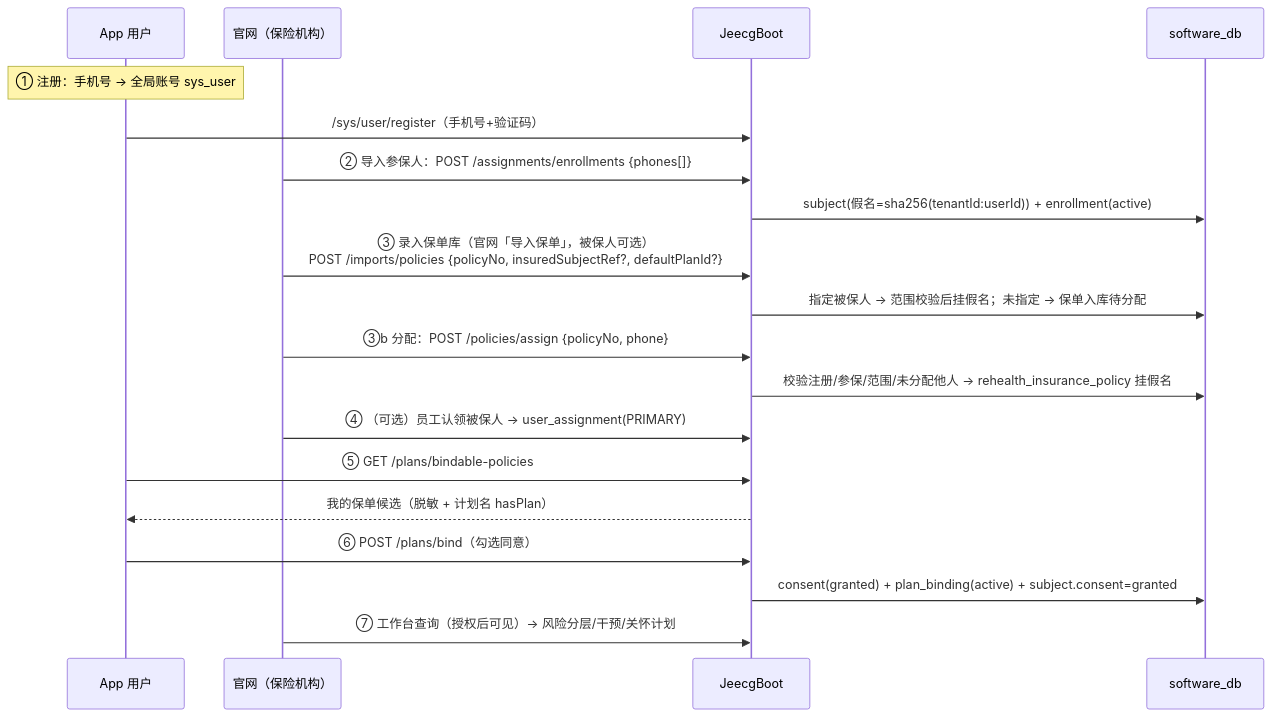
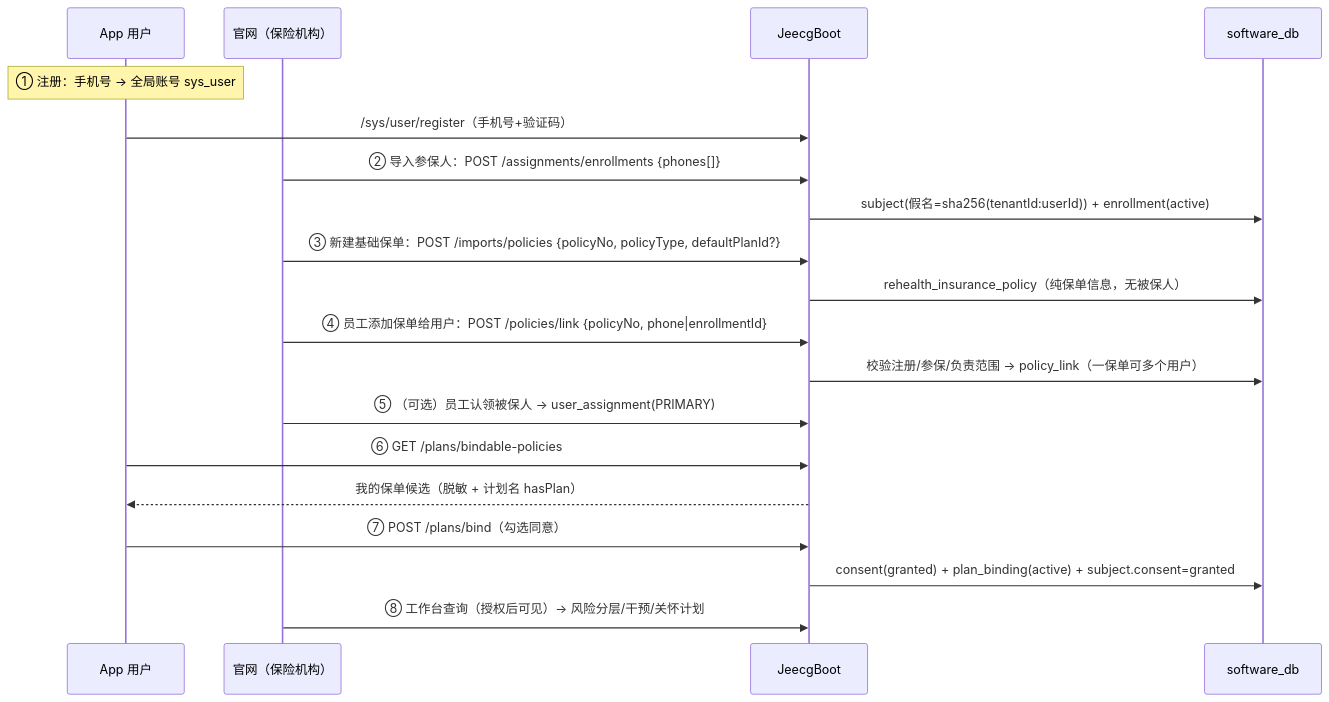
One commit to wjmlong/rehealth_tongbu changed the seventh of 7 diagrams in docs/保险侧保单创建与派发流程.md. Above: the diagram before and after it, drawn with Mermaid. The commit also changed other lines of this file and 19 other files, not shown here.

````diff
--- a/docs/保险侧保单创建与派发流程.md
+++ b/docs/保险侧保单创建与派发流程.md
@@ -211,21 +187,21 @@
 ```mermaid
 sequenceDiagram
     participant APP as App 用户
     participant SITE as 官网（保险机构）
     participant JEE as JeecgBoot
     participant DB as software_db
     Note over APP: ① 注册：手机号 → 全局账号 sys_user
     APP->>JEE: /sys/user/register（手机号+验证码）
     SITE->>JEE: ② 导入参保人：POST /assignments/enrollments {phones[]}
     JEE->>DB: subject(假名=sha256(tenantId:userId)) + enrollment(active)
-    SITE->>JEE: ③ 录入保单库（官网「导入保单」，被保人可选）<br>POST /imports/policies {policyNo, insuredSubjectRef?, defaultPlanId?}
-    JEE->>DB: 指定被保人 → 范围校验后挂假名；未指定 → 保单入库待分配
-    SITE->>JEE: ③b 分配：POST /policies/assign {policyNo, phone}
-    JEE->>DB: 校验注册/参保/范围/未分配他人 → rehealth_insurance_policy 挂假名
-    SITE->>JEE: ④ （可选）员工认领被保人 → user_assignment(PRIMARY)
-    APP->>JEE: ⑤ GET /plans/bindable-policies
+    SITE->>JEE: ③ 新建基础保单：POST /imports/policies {policyNo, policyType, defaultPlanId?}
+    JEE->>DB: rehealth_insurance_policy（纯保单信息，无被保人）
+    SITE->>JEE: ④ 员工添加保单给用户：POST /policies/link {policyNo, phone|enrollmentId}
+    JEE->>DB: 校验注册/参保/负责范围 → policy_link（一保单可多个用户）
+    SITE->>JEE: ⑤ （可选）员工认领被保人 → user_assignment(PRIMARY)
+    APP->>JEE: ⑥ GET /plans/bindable-policies
     JEE-->>APP: 我的保单候选（脱敏 + 计划名 hasPlan）
-    APP->>JEE: ⑥ POST /plans/bind（勾选同意）
+    APP->>JEE: ⑦ POST /plans/bind（勾选同意）
     JEE->>DB: consent(granted) + plan_binding(active) + subject.consent=granted
-    SITE->>JEE: ⑦ 工作台查询（授权后可见）→ 风险分层/干预/关怀计划
+    SITE->>JEE: ⑧ 工作台查询（授权后可见）→ 风险分层/干预/关怀计划
 ```
````
